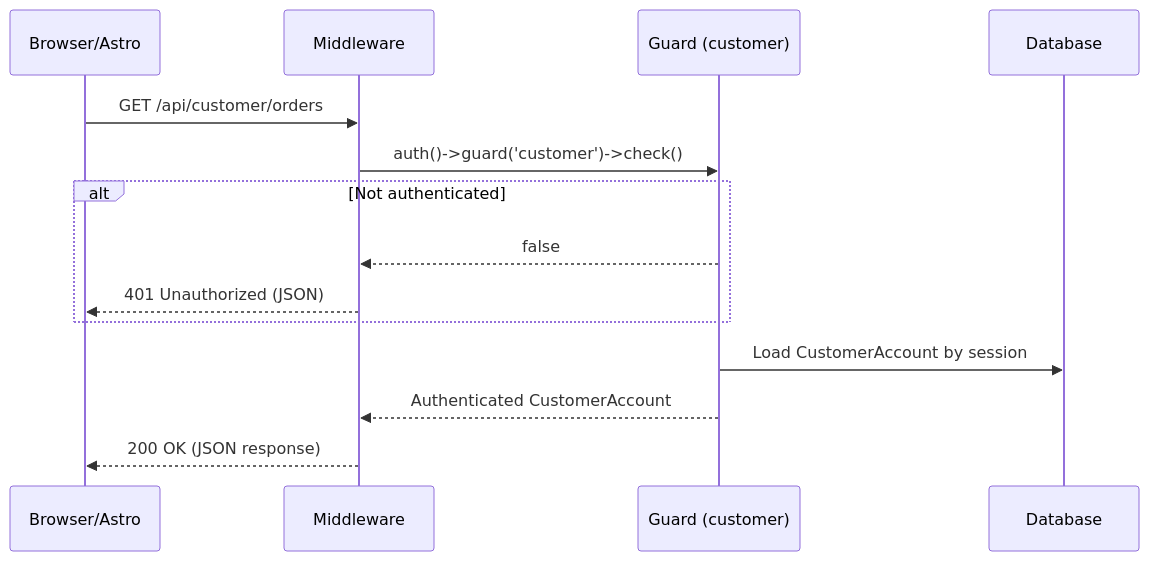
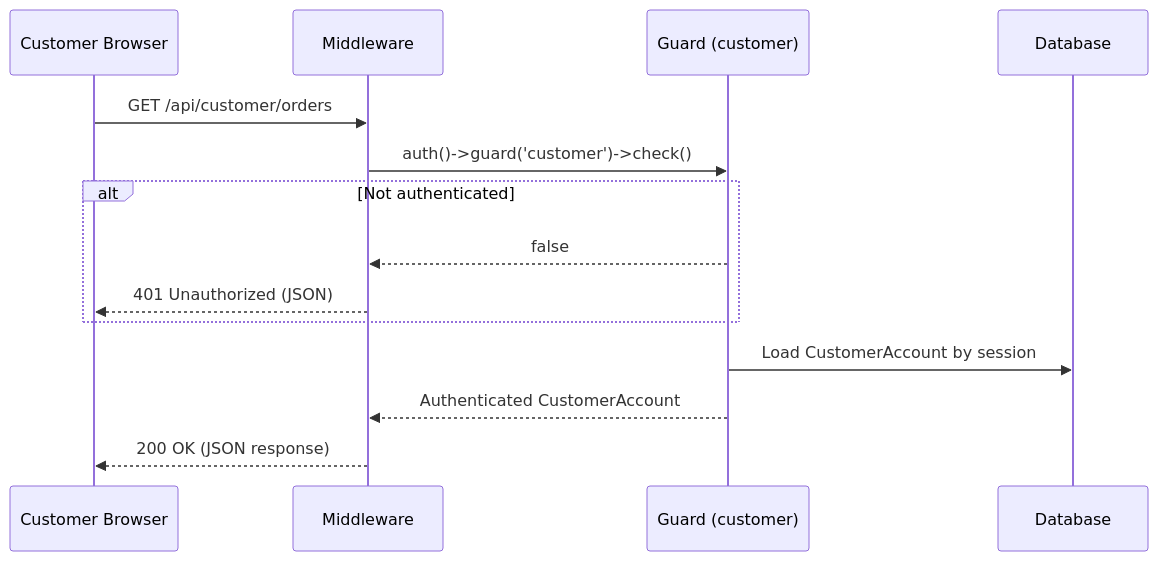
One commit to Saurav372/Okina-Business-System changed the second of 3 diagrams in docs/10_Authentication.md. Above: the diagram before and after it, drawn with Mermaid. The commit also changed 26 other files, not shown here.

````diff
--- a/docs/10_Authentication.md
+++ b/docs/10_Authentication.md
@@ -47,17 +47,17 @@
 ```mermaid
 sequenceDiagram
-    participant B as Browser/Astro
+    participant B as Customer Browser
     participant M as Middleware
     participant G as Guard (customer)
     participant DB as Database
 
     B->>M: GET /api/customer/orders
     M->>G: auth()->guard('customer')->check()
     alt Not authenticated
         G-->>M: false
         M-->>B: 401 Unauthorized (JSON)
     end
     G->>DB: Load CustomerAccount by session
     G-->>M: Authenticated CustomerAccount
     M-->>B: 200 OK (JSON response)
 ```
````
